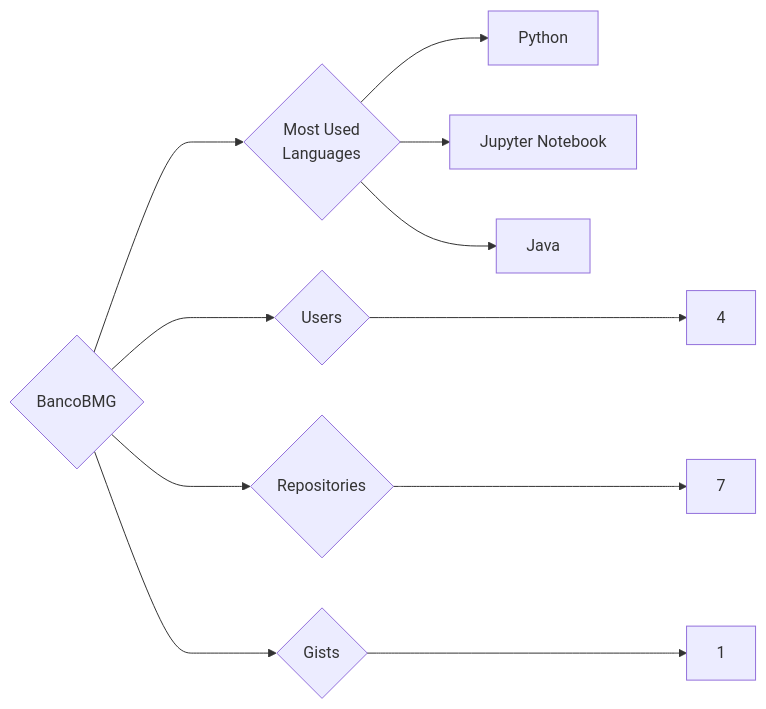
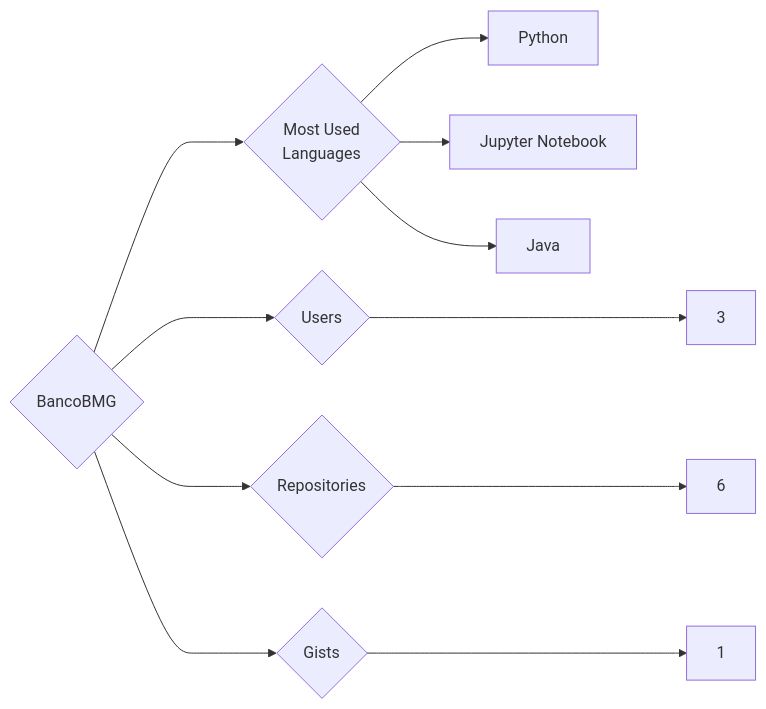
Before and after one commit to trickest/insiders: the diagram in targets/BancoBMG/README.md, drawn with Mermaid. The commit also changed 997 other files, not shown here.

````diff
--- a/targets/BancoBMG/README.md
+++ b/targets/BancoBMG/README.md
@@ -3,11 +3,11 @@
 ```mermaid
 graph LR
 COMPANY_NAME{BancoBMG}
-COMPANY_NAME ---> U{Users} ---> UN[4]
-COMPANY_NAME ---> R{Repositories} ---> RN[7]
+COMPANY_NAME ---> U{Users} ---> UN[3]
+COMPANY_NAME ---> R{Repositories} ---> RN[6]
 COMPANY_NAME ---> G{Gists} ---> GN[1]
 COMPANY_NAME ---> ML{Most Used<br>Languages}
 ML --> Python[Python]
 ML --> Jupyter_Notebook[Jupyter Notebook]
 ML --> Java[Java]
 ```
````
